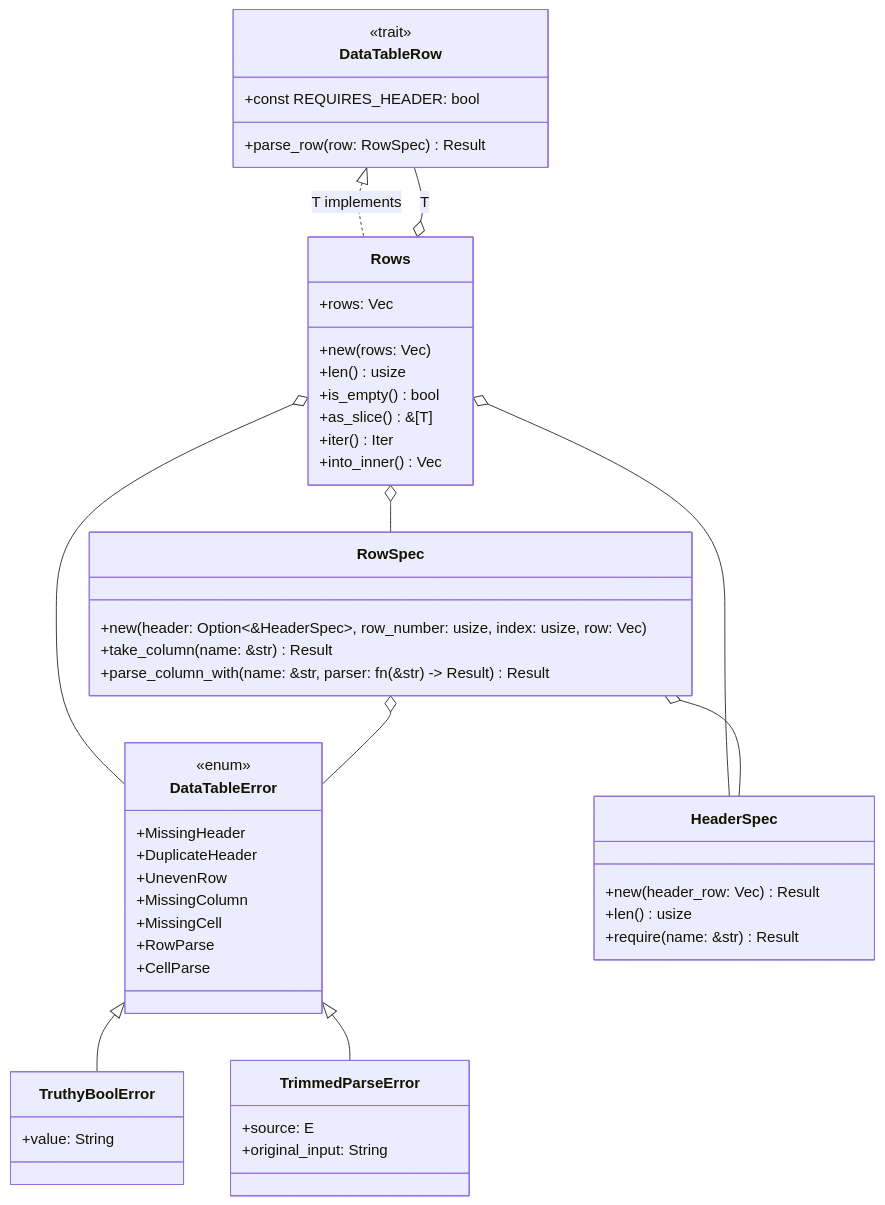
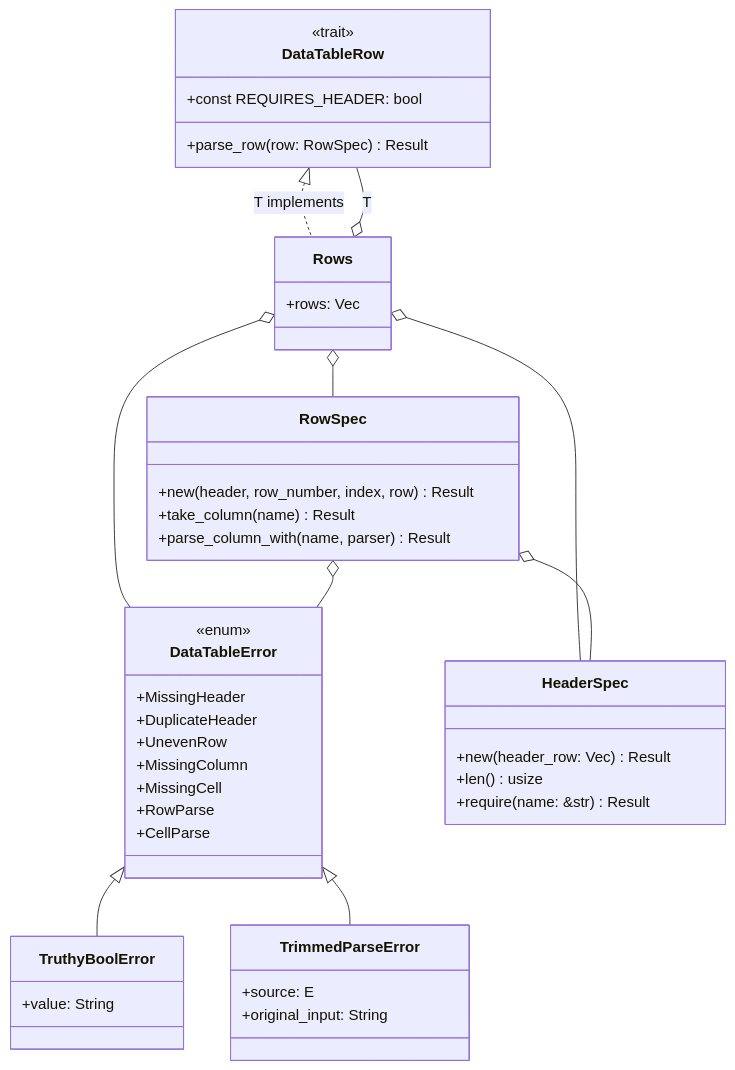
The first of 17 diagrams in docs/rstest-bdd-design.md (leynos/rstest-bdd), drawn with Mermaid before and after one commit. The commit also changed other lines of this file and 6 other files, not shown here.

````diff
--- a/docs/rstest-bdd-design.md
+++ b/docs/rstest-bdd-design.md
@@ -290,53 +291,47 @@
 ```mermaid
 classDiagram
     class DataTableRow {
         <<trait>>
         +const REQUIRES_HEADER: bool
         +parse_row(row: RowSpec) Result<Self, DataTableError>
     }
     class Rows {
         +rows: Vec<T>
-        +new(rows: Vec<T>)
-        +len() usize
-        +is_empty() bool
-        +as_slice() &[T]
-        +iter() Iter<T>
-        +into_inner() Vec<T>
     }
     class DataTableError {
         <<enum>>
         +MissingHeader
         +DuplicateHeader
         +UnevenRow
         +MissingColumn
         +MissingCell
         +RowParse
         +CellParse
     }
     class HeaderSpec {
         +new(header_row: Vec<String>) Result<Self, DataTableError>
         +len() usize
         +require(name: &str) Result<usize, DataTableError>
     }
     class RowSpec {
-        +new(header: Option<&HeaderSpec>, row_number: usize, index: usize, row: Vec<String>)
-        +take_column(name: &str) Result<String, DataTableError>
-        +parse_column_with(name: &str, parser: fn(&str) -> Result<T, E>) Result<T, DataTableError>
+        +new(header, row_number, index, row) Result<Self, DataTableError>
+        +take_column(name) Result<String, DataTableError>
+        +parse_column_with(name, parser) Result<T, DataTableError>
     }
     class TruthyBoolError {
         +value: String
     }
     class TrimmedParseError {
         +source: E
         +original_input: String
     }
     DataTableRow <|.. Rows : T implements
     Rows o-- DataTableRow : T
     Rows o-- DataTableError
     Rows o-- HeaderSpec
     Rows o-- RowSpec
     RowSpec o-- HeaderSpec
     RowSpec o-- DataTableError
     DataTableError <|-- TruthyBoolError
     DataTableError <|-- TrimmedParseError
 ```
````
